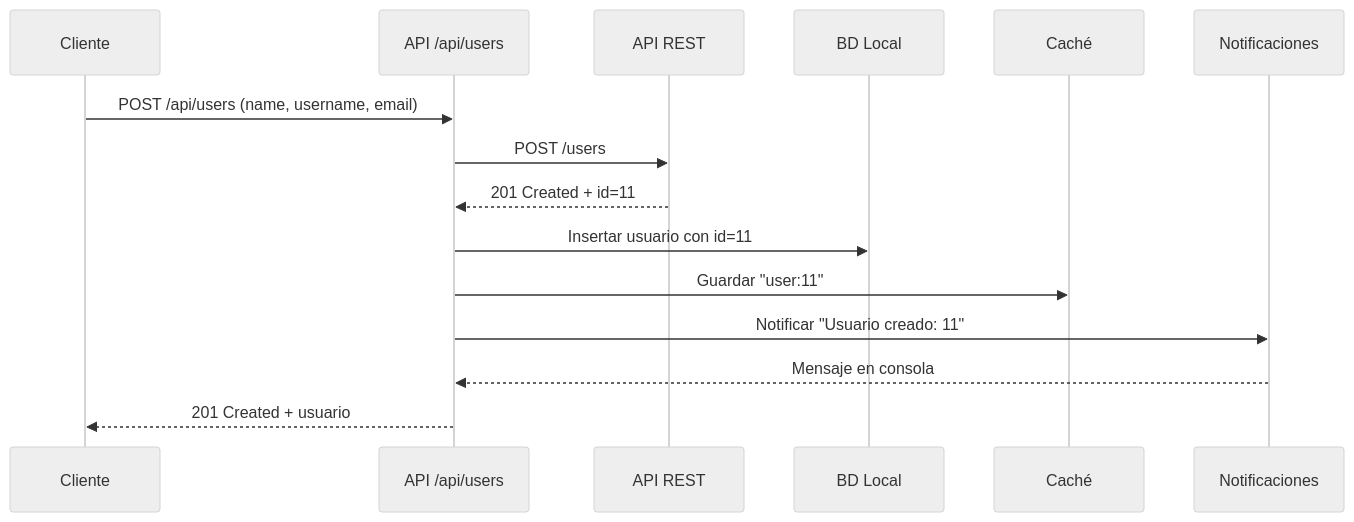
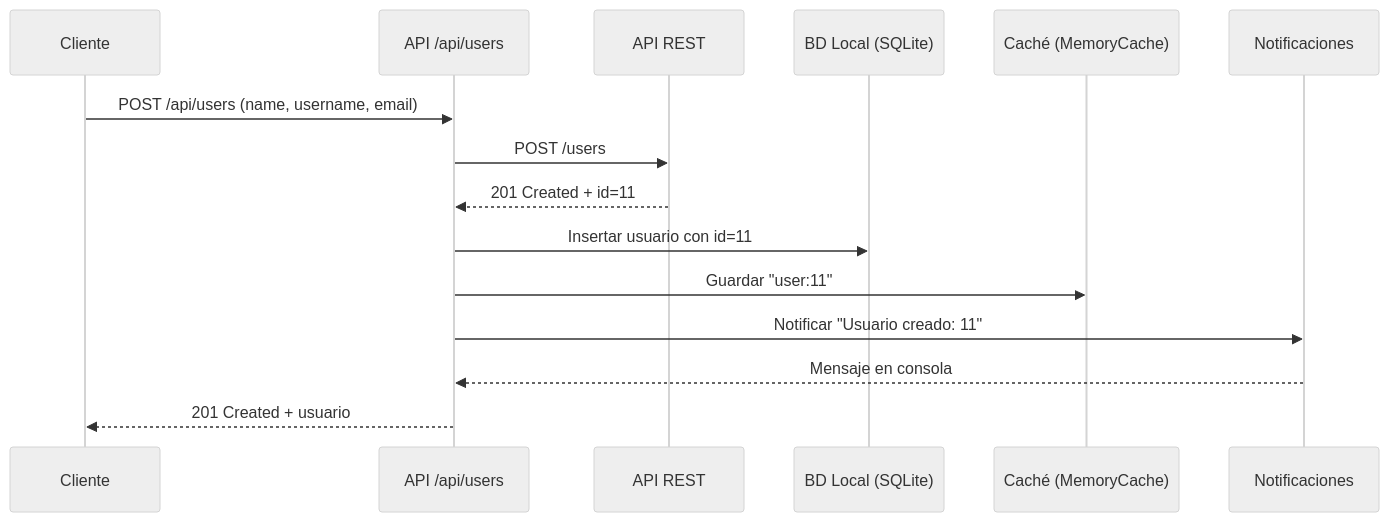
The third of 5 diagrams in practicas/06-repositorio_remoto.md (joseluisgs/DesarrolloWebEntornosServidor-01-2026-2027), drawn with Mermaid (neutral theme) before and after one commit. The commit also changed other lines of this file and 1 other file, not shown here.

Commit message:
fix: actualizar prácticas 05 y 06 - quitar soluciones, URL datos abiertos, SQLite+MemoryCache

````diff
--- a/practicas/06-repositorio_remoto.md
+++ b/practicas/06-repositorio_remoto.md
@@ -114,18 +114,18 @@
 ```mermaid
 sequenceDiagram
     participant C as Cliente
     participant API as API /api/users
     participant REM as API REST
-    participant BD as BD Local
-    participant Cache as Caché
+    participant BD as BD Local (SQLite)
+    participant Cache as Caché (MemoryCache)
     participant Notif as Notificaciones
 
     C->>API: POST /api/users (name, username, email)
     API->>REM: POST /users
     REM-->>API: 201 Created + id=11
     API->>BD: Insertar usuario con id=11
     API->>Cache: Guardar "user:11"
     API->>Notif: Notificar "Usuario creado: 11"
     Notif-->>API: Mensaje en consola
     API-->>C: 201 Created + usuario
 ```
````
